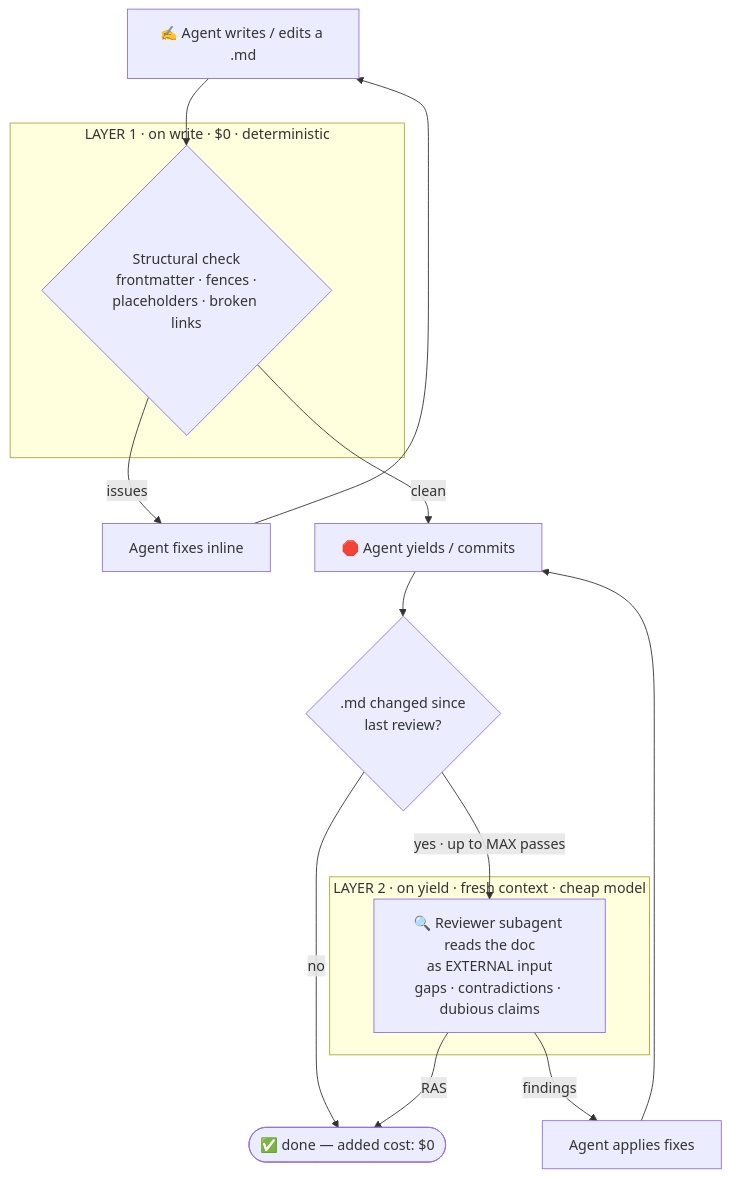
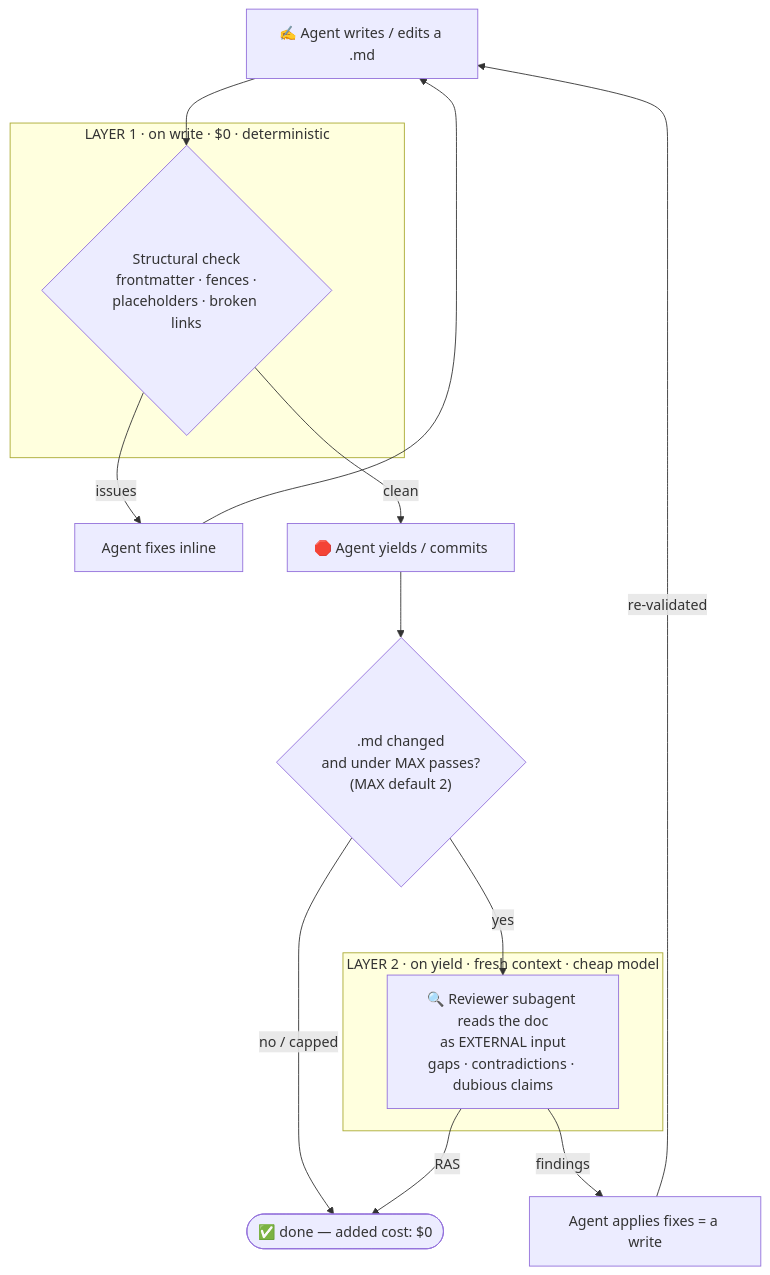
The diagram in README.md (mikealkeal/agent-markdown-review), drawn with Mermaid before and after one commit.

Commit message:
🐛 fix: correct README flow diagram — Layer 2 fixes re-enter Layer 1; MAX cap explicit
A Layer 2 fix is itself a write, so it re-enters Layer 1 (re-validate + re-log) — the diagram now routes F2 back to the write node instead of straight to yield. The MAX (default 2) cap is now shown in the decision node, making the bounded review loop explicit. Caught by the repo's own fresh-context review of the diagram.

````diff
--- a/README.md
+++ b/README.md
@@ -7,24 +7,24 @@
 ```mermaid
 flowchart TD
     W["✍️ Agent writes / edits a .md"] --> V
 
     subgraph L1["LAYER 1 · on write · $0 · deterministic"]
         V{"Structural check<br/>frontmatter · fences ·<br/>placeholders · broken links"}
     end
 
     V -->|issues| F1["Agent fixes inline"]
     F1 --> W
     V -->|clean| Y["🛑 Agent yields / commits"]
 
-    Y --> C{".md changed since<br/>last review?"}
-    C -->|no| DONE(["✅ done — added cost: $0"])
-    C -->|"yes · up to MAX passes"| R
+    Y --> C{".md changed<br/>and under MAX passes?<br/>(MAX default 2)"}
+    C -->|"no / capped"| DONE(["✅ done — added cost: $0"])
+    C -->|yes| R
 
     subgraph L2["LAYER 2 · on yield · fresh context · cheap model"]
         R["🔍 Reviewer subagent reads the doc<br/>as EXTERNAL input<br/>gaps · contradictions · dubious claims"]
     end
 
-    R -->|findings| F2["Agent applies fixes"]
-    F2 --> Y
+    R -->|findings| F2["Agent applies fixes = a write"]
+    F2 -->|re-validated| W
     R -->|RAS| DONE
 ```
````
